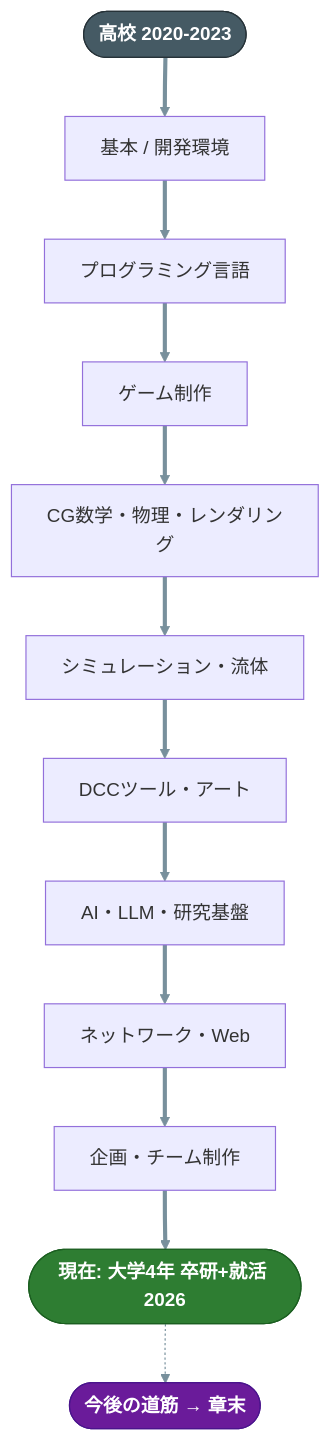
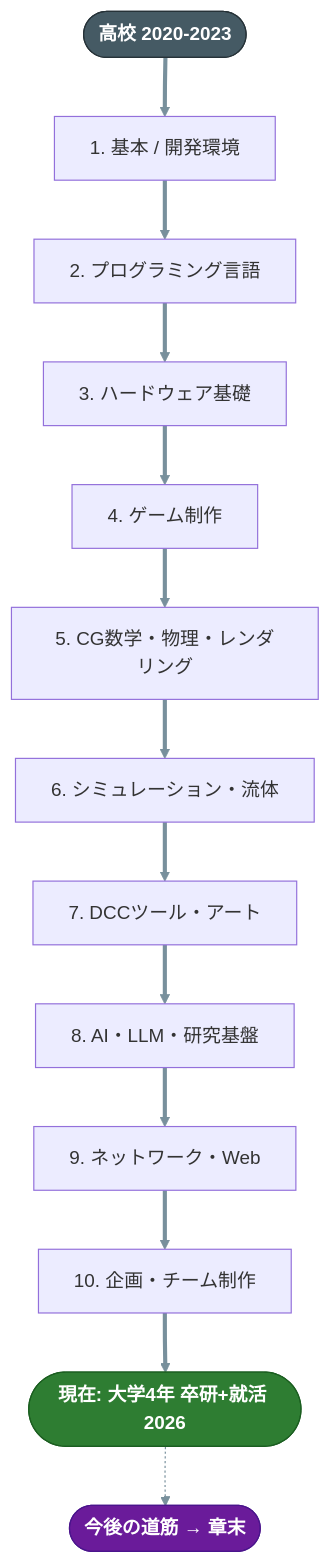
The second of 14 diagrams in README.md (manato1201/manato1201), drawn with Mermaid before and after one commit. The commit also changed other lines of this file, not shown here.

Commit message:
Update roadmap and badge descriptions in README

````diff
--- a/README.md
+++ b/README.md
@@ -88,19 +90,20 @@
 ```mermaid
 %%{init: {'themeVariables': {'primaryColor':'#37474f','primaryTextColor':'#ffffff','primaryBorderColor':'#263238','lineColor':'#78909c','fontSize':'16px'}}}%%
 flowchart TB
     S([高校 2020-2023]) ==> C1
-    C1[基本 / 開発環境] ==> C2[プログラミング言語]
-    C2 ==> C3[ゲーム制作]
-    C3 ==> C4[CG数学・物理・レンダリング]
-    C4 ==> C5[シミュレーション・流体]
-    C5 ==> C6[DCCツール・アート]
-    C6 ==> C7[AI・LLM・研究基盤]
-    C7 ==> C8[ネットワーク・Web]
-    C8 ==> C9[企画・チーム制作]
-    C9 ==> G([現在: 大学4年 卒研+就活 2026])
+    C1[1. 基本 / 開発環境] ==> C2[2. プログラミング言語]
+    C2 ==> C3[3. ハードウェア基礎]
+    C3 ==> C4[4. ゲーム制作]
+    C4 ==> C5[5. CG数学・物理・レンダリング]
+    C5 ==> C6[6. シミュレーション・流体]
+    C6 ==> C7[7. DCCツール・アート]
+    C7 ==> C8[8. AI・LLM・研究基盤]
+    C8 ==> C9[9. ネットワーク・Web]
+    C9 ==> C10[10. 企画・チーム制作]
+    C10 ==> G([現在: 大学4年 卒研+就活 2026])
     G -.-> F([今後の道筋 → 章末])
 
     style S fill:#455a64,stroke:#263238,color:#ffffff,font-weight:bold
     style G fill:#2e7d32,stroke:#1b5e20,color:#ffffff,font-weight:bold
     style F fill:#6a1b9a,stroke:#4a148c,color:#ffffff,font-weight:bold
 ```
````
